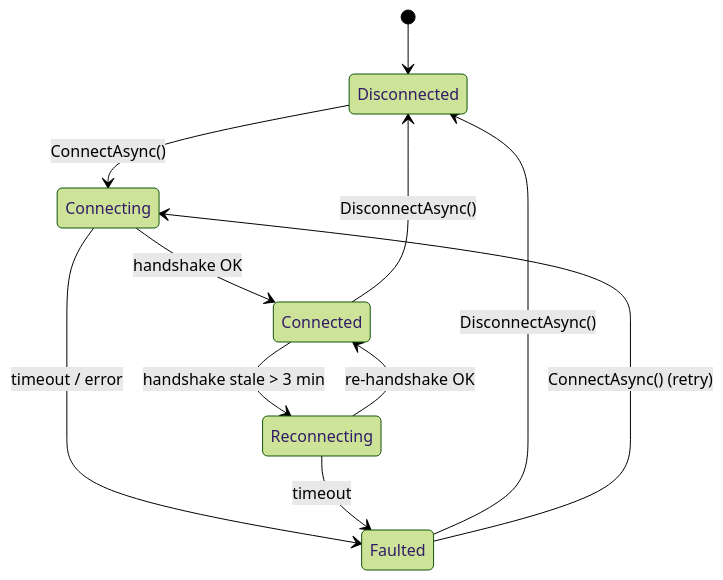
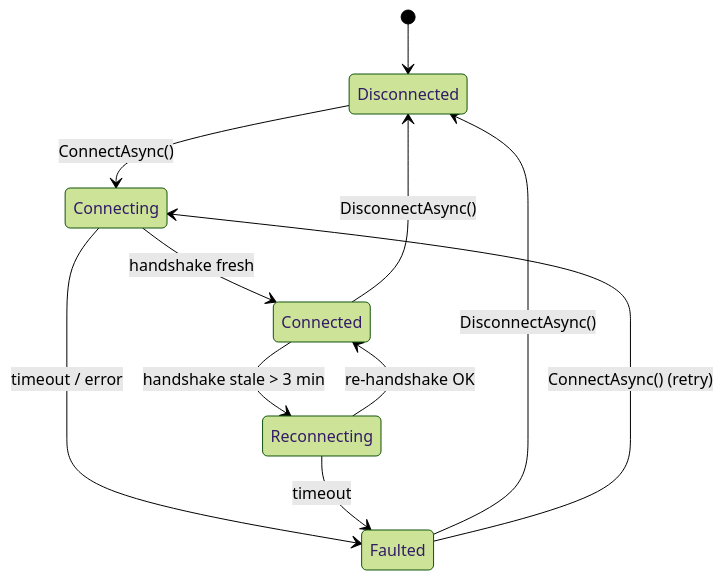
The first of 2 diagrams in docs/06-connection-flow.md (ardika/hermes-sase-docs), drawn with Mermaid (forest theme) before and after one commit. The commit also changed other lines of this file and 11 other files, not shown here.

````diff
--- a/docs/06-connection-flow.md
+++ b/docs/06-connection-flow.md
@@ -25,13 +29,13 @@
 ```mermaid
 stateDiagram-v2
     [*] --> Disconnected
     Disconnected --> Connecting: ConnectAsync()
-    Connecting --> Connected: handshake OK
+    Connecting --> Connected: handshake fresh
     Connecting --> Faulted: timeout / error
     Connected --> Reconnecting: handshake stale > 3 min
     Reconnecting --> Connected: re-handshake OK
     Reconnecting --> Faulted: timeout
     Connected --> Disconnected: DisconnectAsync()
     Faulted --> Disconnected: DisconnectAsync()
     Faulted --> Connecting: ConnectAsync() (retry)
 ```
````
